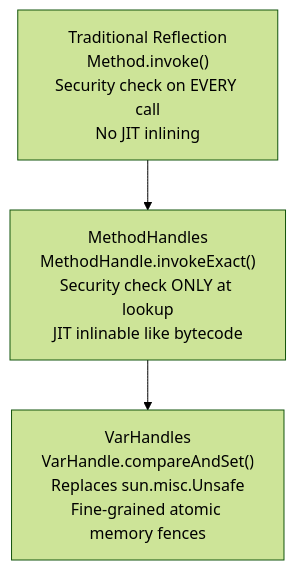
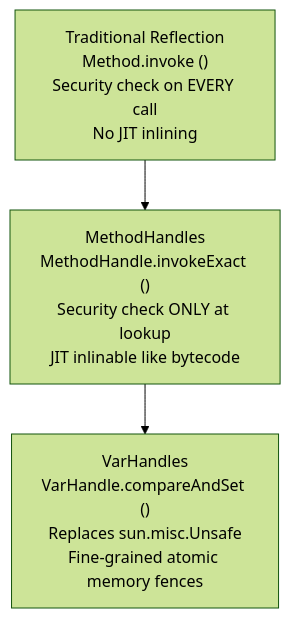
One commit to pploc/swe-icon-the-moment changed the diagram in content/questions/language/java/java-reflection-methodhandles.md. Above: the diagram before and after it, drawn with Mermaid (forest theme). The commit also changed 95 other files, not shown here.

Commit message:
fix: update the practice mode diagram bug not display

````diff
--- a/content/questions/language/java/java-reflection-methodhandles.md
+++ b/content/questions/language/java/java-reflection-methodhandles.md
@@ -21,6 +21,7 @@
 ```mermaid
 flowchart TD
-    Reflection["Traditional Reflection\nMethod.invoke()\nSecurity check on EVERY call\nNo JIT inlining"] --> MethodHandles["MethodHandles\nMethodHandle.invokeExact()\nSecurity check ONLY at lookup\nJIT inlinable like bytecode"]
-    MethodHandles --> VarHandles["VarHandles\nVarHandle.compareAndSet()\nReplaces sun.misc.Unsafe\nFine-grained atomic memory fences"]
+    Reflection["Traditional Reflection\nMethod.invoke ()\nSecurity check on EVERY call\nNo JIT inlining"] --> MethodHandles["MethodHandles\nMethodHandle.invokeExact ()\nSecurity check ONLY at lookup\nJIT inlinable like bytecode"]
+    MethodHandles --> VarHandles["VarHandles\nVarHandle.compareAndSet ()\nReplaces sun.misc.Unsafe\nFine-grained atomic memory fences"]
+
 
 ```
````
